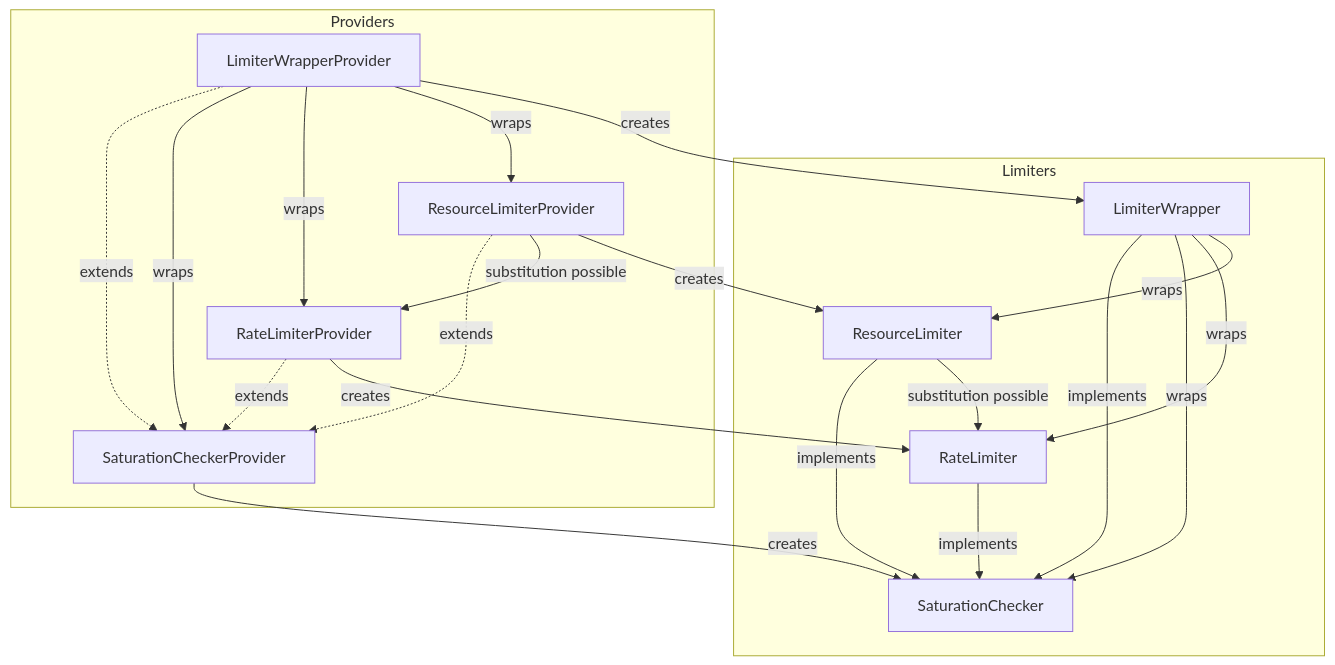
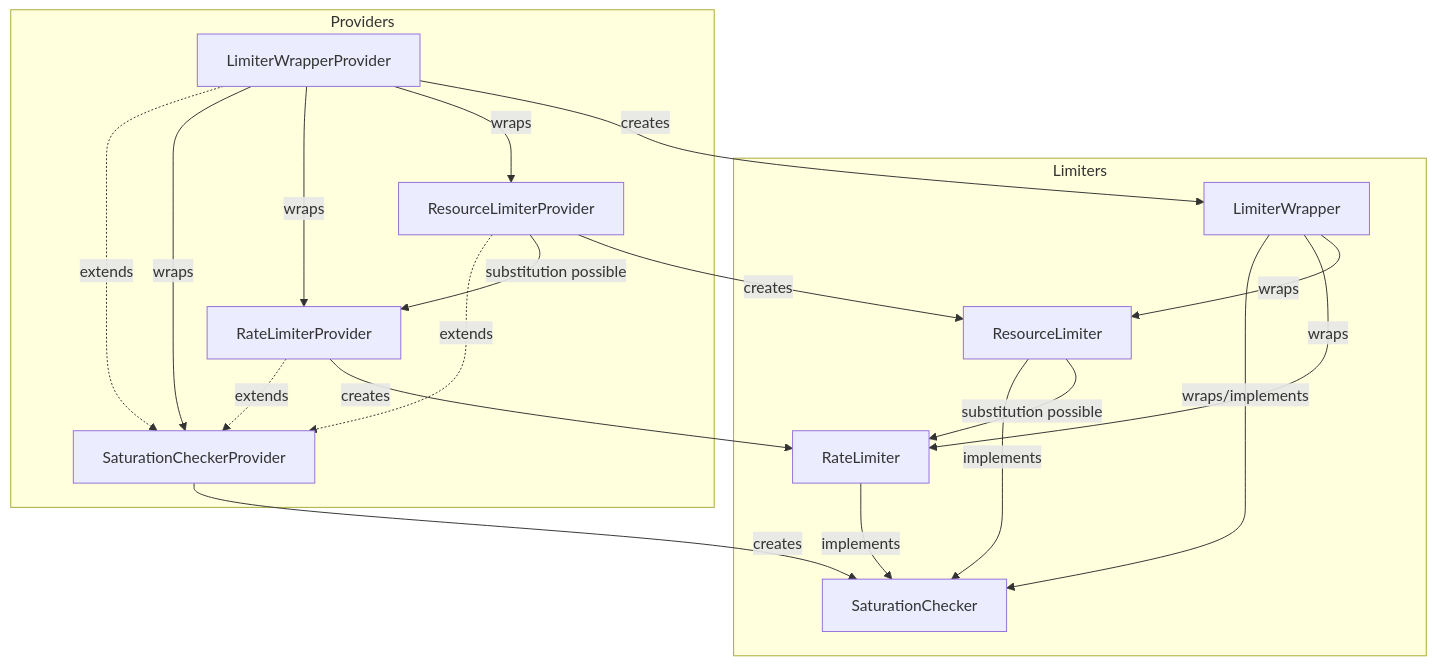
Before and after one commit to open-telemetry/opentelemetry-collector: the diagram in extension/extensionlimiter/README.md, drawn with Mermaid. The commit also changed other lines of this file, not shown here.

````diff
--- a/extension/extensionlimiter/README.md
+++ b/extension/extensionlimiter/README.md
@@ -443,39 +443,38 @@
 ```mermaid
 graph TD;
     subgraph "Limiters"
 	    SaturationChecker["SaturationChecker"]
 	    RateLimiter["RateLimiter"]
 	    ResourceLimiter["ResourceLimiter"]
 	    LimiterWrapper["LimiterWrapper"]
     end
 
     subgraph "Providers"
 	    SaturationCheckerProvider["SaturationCheckerProvider"]
 	    RateLimiterProvider["RateLimiterProvider"]
 	    ResourceLimiterProvider["ResourceLimiterProvider"]
 	    LimiterWrapperProvider["LimiterWrapperProvider"]
     end
 
     RateLimiterProvider -.->|extends| SaturationCheckerProvider
     ResourceLimiterProvider -.->|extends| SaturationCheckerProvider
     LimiterWrapperProvider -.->|extends| SaturationCheckerProvider
     ResourceLimiterProvider -->|substitution possible| RateLimiterProvider
     LimiterWrapperProvider -->|wraps| SaturationCheckerProvider
     LimiterWrapperProvider -->|wraps| RateLimiterProvider
     LimiterWrapperProvider -->|wraps| ResourceLimiterProvider
 
     SaturationCheckerProvider -->|creates| SaturationChecker
     RateLimiterProvider -->|creates| RateLimiter
     ResourceLimiterProvider -->|creates| ResourceLimiter
     LimiterWrapperProvider -->|creates| LimiterWrapper
 
-    LimiterWrapper -->|implements| SaturationChecker
+    LimiterWrapper -->|wraps/implements| SaturationChecker
     RateLimiter -->|implements| SaturationChecker
     ResourceLimiter -->|implements| SaturationChecker
 
     ResourceLimiter -->|substitution possible| RateLimiter
 
-    LimiterWrapper -->|wraps| SaturationChecker
     LimiterWrapper -->|wraps| RateLimiter
     LimiterWrapper -->|wraps| ResourceLimiter
 ```
````
